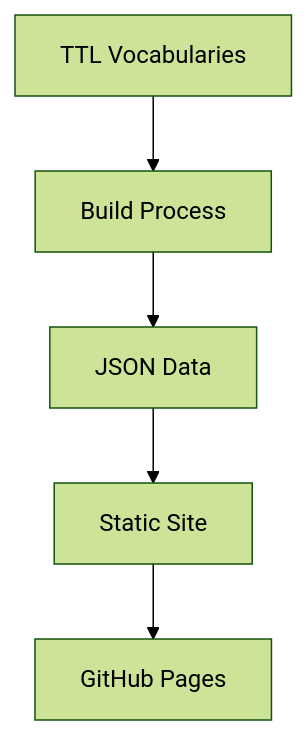
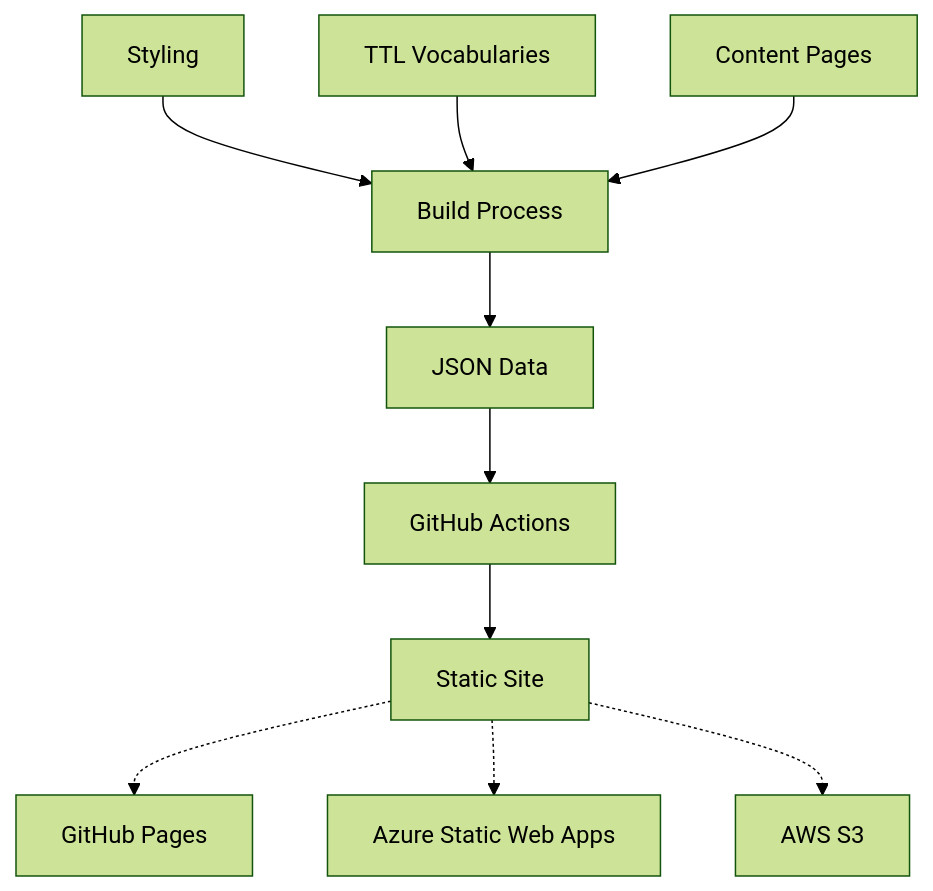
The diagram in web/content/index.md (Kurrawong/prez-lite), drawn with Mermaid (forest theme) before and after one commit. The commit also changed 37 other files, not shown here.

````diff
--- a/web/content/index.md
+++ b/web/content/index.md
@@ -32,7 +32,12 @@
 ```mermaid
 graph TD
-    A[TTL Vocabularies] --> B[Build Process]
+    A1[Styling] --> B[Build Process]
+    A2[TTL Vocabularies] --> B
+    A3[Content Pages] --> B
     B --> C[JSON Data]
-    C --> D[Static Site]
-    D --> E[GitHub Pages]
+    C --> D[GitHub Actions]
+    D --> E[Static Site]
+    E -.-> F[GitHub Pages]
+    E -.-> G[Azure Static Web Apps]
+    E -.-> H[AWS S3]
 ```
````
